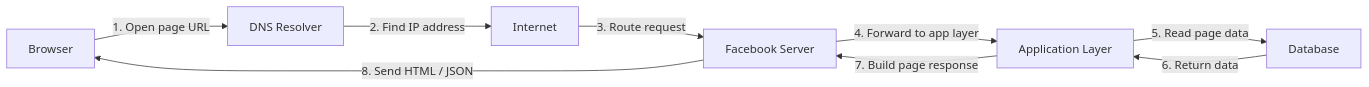
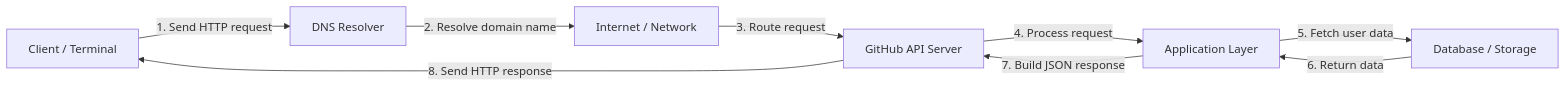
One commit to ASaber33/web-request-diagram changed the diagram in README.md. Above: the diagram before and after it, drawn with Mermaid. The commit also changed other lines of this file, not shown here.

Commit message:
Align README with actual GitHub API request

````diff
--- a/README.md
+++ b/README.md
@@ -11,11 +15,11 @@
 ```mermaid
 graph LR
-    A[Browser] -->|1. Open page URL| B[DNS Resolver]
-    B -->|2. Find IP address| C[Internet]
-    C -->|3. Route request| D[Facebook Server]
-    D -->|4. Forward to app layer| E[Application Layer]
-    E -->|5. Read page data| F[Database]
+    A[Client / Terminal] -->|1. Send HTTP request| B[DNS Resolver]
+    B -->|2. Resolve domain name| C[Internet / Network]
+    C -->|3. Route request| D[GitHub API Server]
+    D -->|4. Process request| E[Application Layer]
+    E -->|5. Fetch user data| F[Database / Storage]
     F -->|6. Return data| E
-    E -->|7. Build page response| D
-    D -->|8. Send HTML / JSON| A
+    E -->|7. Build JSON response| D
+    D -->|8. Send HTTP response| A
 ```
````
